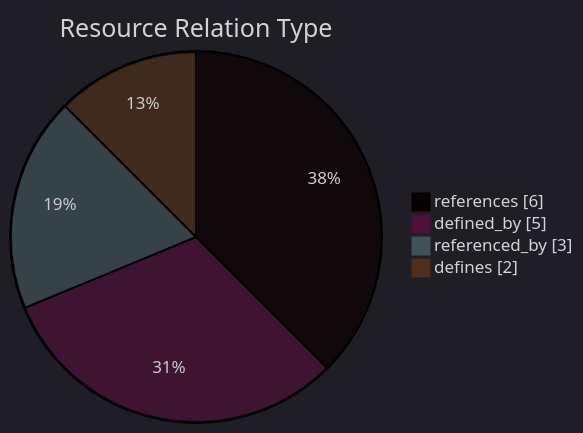
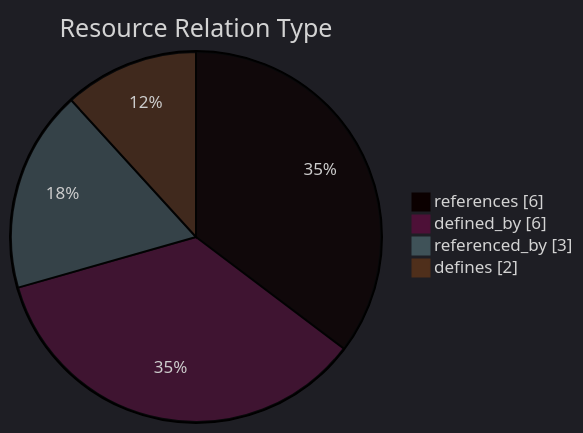
One commit to open-data/analytics-corporate-reporting changed the diagram in datastore_tracker/resource_relation_type_pie_chart.md. Above: the diagram before and after it, drawn with Mermaid. The commit also changed 9 other files, not shown here.

````diff
--- a/datastore_tracker/resource_relation_type_pie_chart.md
+++ b/datastore_tracker/resource_relation_type_pie_chart.md
@@ -2,11 +2,11 @@
 ```mermaid
 ---
 config:
   theme: dark
 ---
 pie showData title Resource Relation Type
     "references": 6
-    "defined_by": 5
+    "defined_by": 6
     "referenced_by": 3
     "defines": 2
 ```
````
